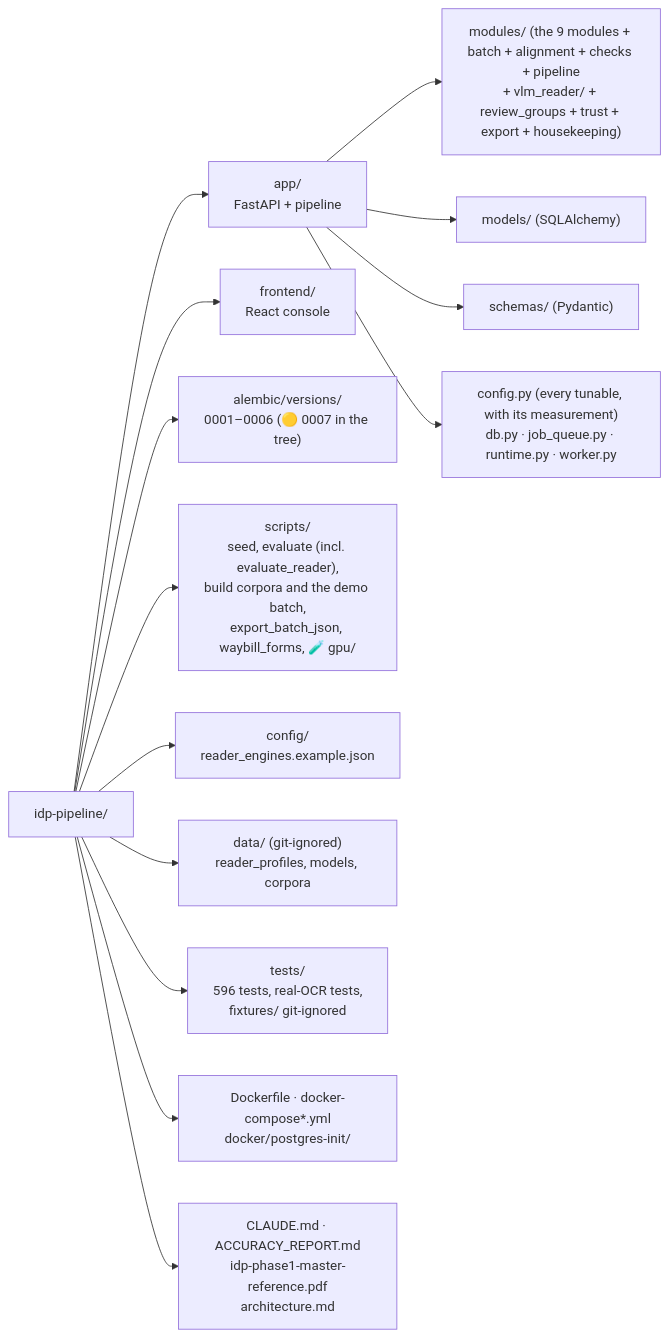
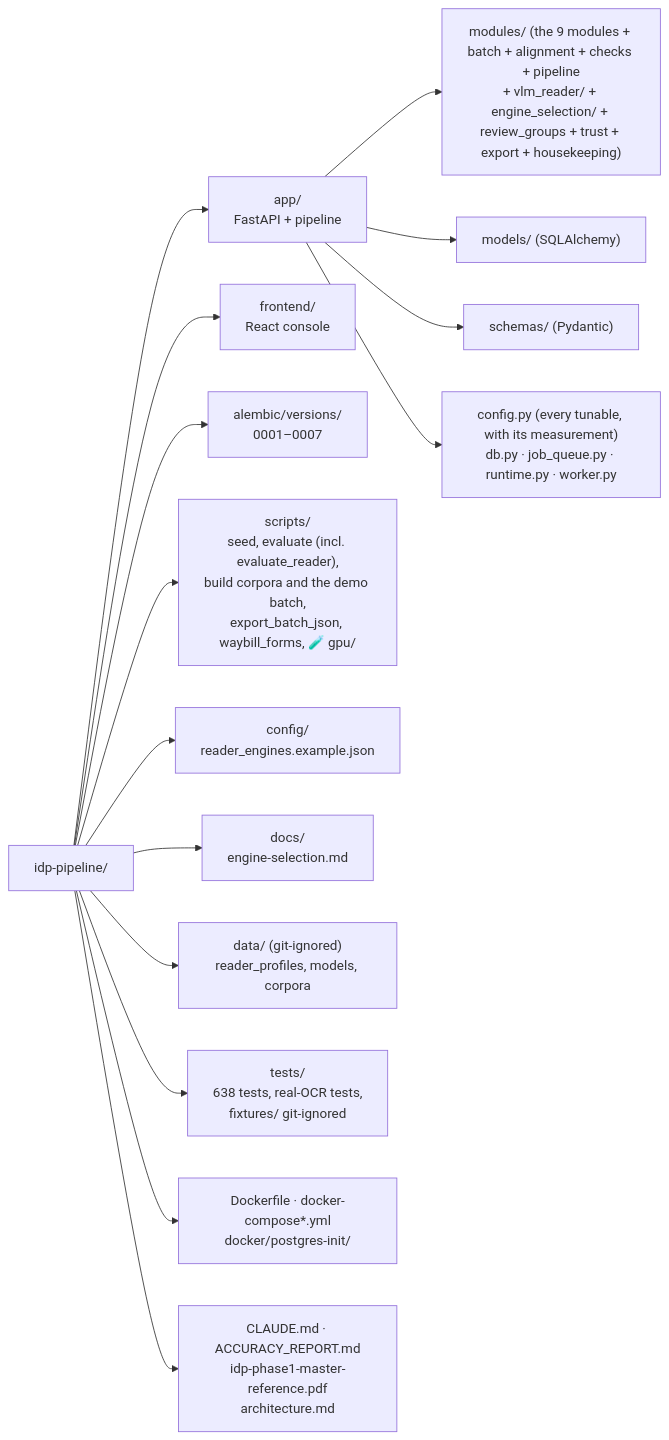
One commit to Megh-1/OCR_Reader changed diagram 23 of 26 in architecture.md. Above: the diagram before and after it, drawn with Mermaid. The commit also changed other lines of this file and 1 other file, not shown here.

First line of the commit message:
Document the engine selector: per-template chains, scorecards, promotion, drift, cold start and the new tables

````diff
--- a/architecture.md
+++ b/architecture.md
@@ -1119,16 +1209,17 @@
 ```mermaid
 flowchart LR
     root["idp-pipeline/"] --> app["app/<br/>FastAPI + pipeline"]
     root --> fe["frontend/<br/>React console"]
-    root --> alembic["alembic/versions/<br/>0001–0006 (🟡 0007 in the tree)"]
+    root --> alembic["alembic/versions/<br/>0001–0007"]
     root --> scripts["scripts/<br/>seed, evaluate (incl. evaluate_reader),<br/>build corpora and the demo batch,<br/>export_batch_json, waybill_forms, 🧪 gpu/"]
     root --> config["config/<br/>reader_engines.example.json"]
+    root --> docs2["docs/<br/>engine-selection.md"]
     root --> data["data/ (git-ignored)<br/>reader_profiles, models, corpora"]
-    root --> tests["tests/<br/>596 tests, real-OCR tests,<br/>fixtures/ git-ignored"]
+    root --> tests["tests/<br/>638 tests, real-OCR tests,<br/>fixtures/ git-ignored"]
     root --> docker["Dockerfile · docker-compose*.yml<br/>docker/postgres-init/"]
     root --> docs["CLAUDE.md · ACCURACY_REPORT.md<br/>idp-phase1-master-reference.pdf<br/>architecture.md"]
-    app --> modules["modules/ (the 9 modules + batch + alignment + checks + pipeline<br/>+ vlm_reader/ + review_groups + trust + export + housekeeping)"]
+    app --> modules["modules/ (the 9 modules + batch + alignment + checks + pipeline<br/>+ vlm_reader/ + engine_selection/ + review_groups + trust + export + housekeeping)"]
     app --> models["models/ (SQLAlchemy)"]
     app --> schemas["schemas/ (Pydantic)"]
     app --> cfg["config.py (every tunable, with its measurement)<br/>db.py · job_queue.py · runtime.py · worker.py"]
 ```
````
